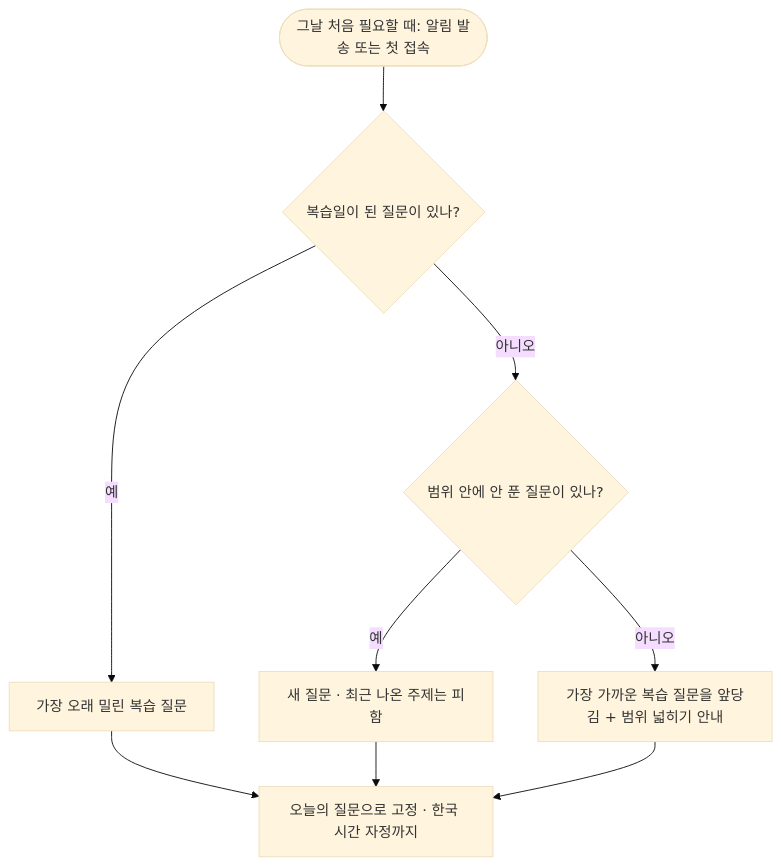
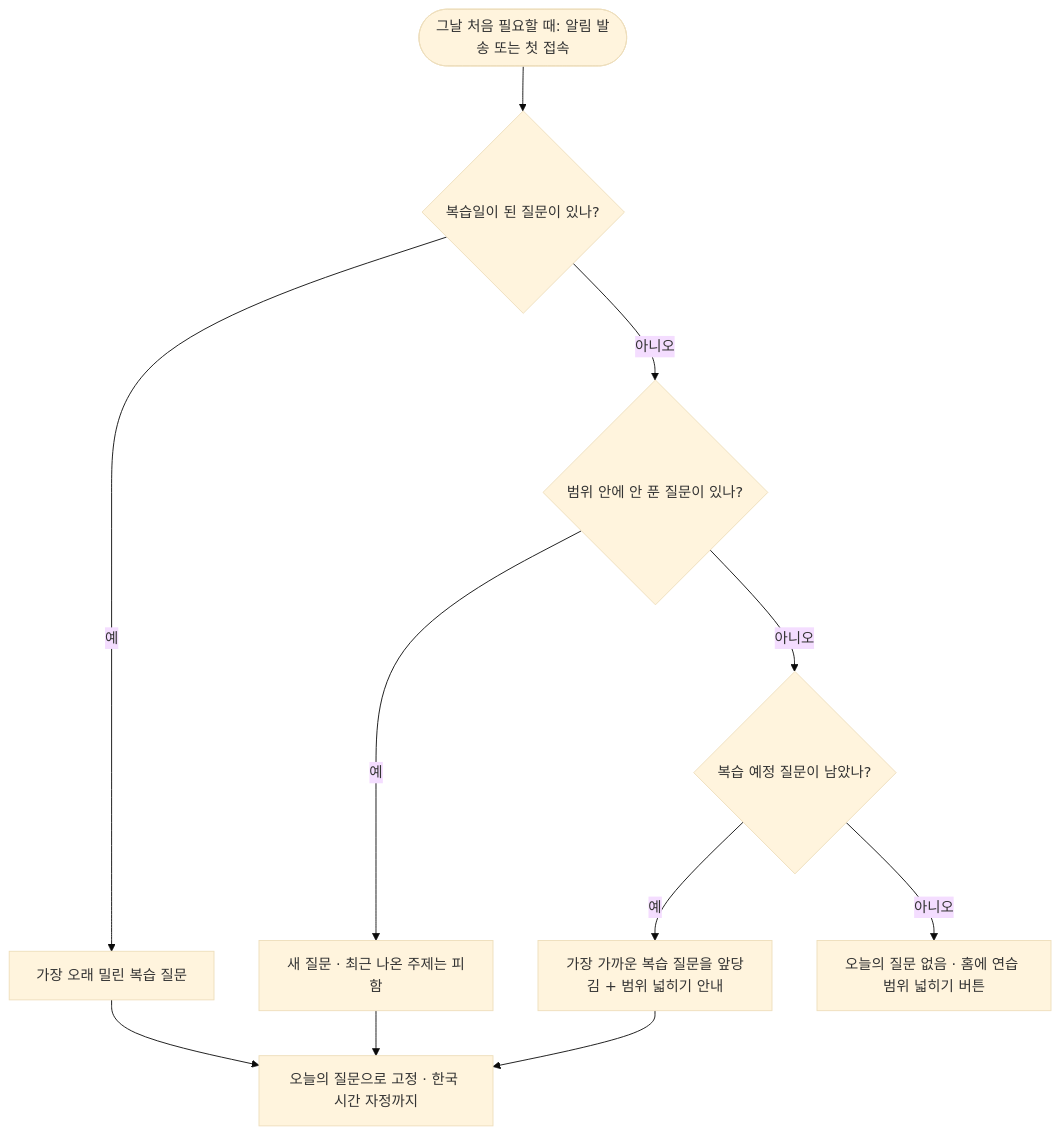
Before and after one commit to GREED-YI/tailq: the fourth of 6 diagrams in docs/05-user-flow.md, drawn with Mermaid (base theme). The commit also changed other lines of this file and 3 other files, not shown here.

````diff
--- a/docs/05-user-flow.md
+++ b/docs/05-user-flow.md
@@ -87,11 +98,13 @@
 ```mermaid
 flowchart TD
   A(["그날 처음 필요할 때: 알림 발송 또는 첫 접속"]) --> B{"복습일이 된 질문이 있나?"}
   B -- 예 --> C["가장 오래 밀린 복습 질문"]
   B -- 아니오 --> D{"범위 안에 안 푼 질문이 있나?"}
   D -- 예 --> E["새 질문 · 최근 나온 주제는 피함"]
-  D -- 아니오 --> F["가장 가까운 복습 질문을 앞당김 + 범위 넓히기 안내"]
+  D -- 아니오 --> K{"복습 예정 질문이 남았나?"}
+  K -- 예 --> F["가장 가까운 복습 질문을 앞당김 + 범위 넓히기 안내"]
+  K -- 아니오 --> Z["오늘의 질문 없음 · 홈에 연습 범위 넓히기 버튼"]
   C --> G["오늘의 질문으로 고정 · 한국 시간 자정까지"]
   E --> G
   F --> G
 ```
````
